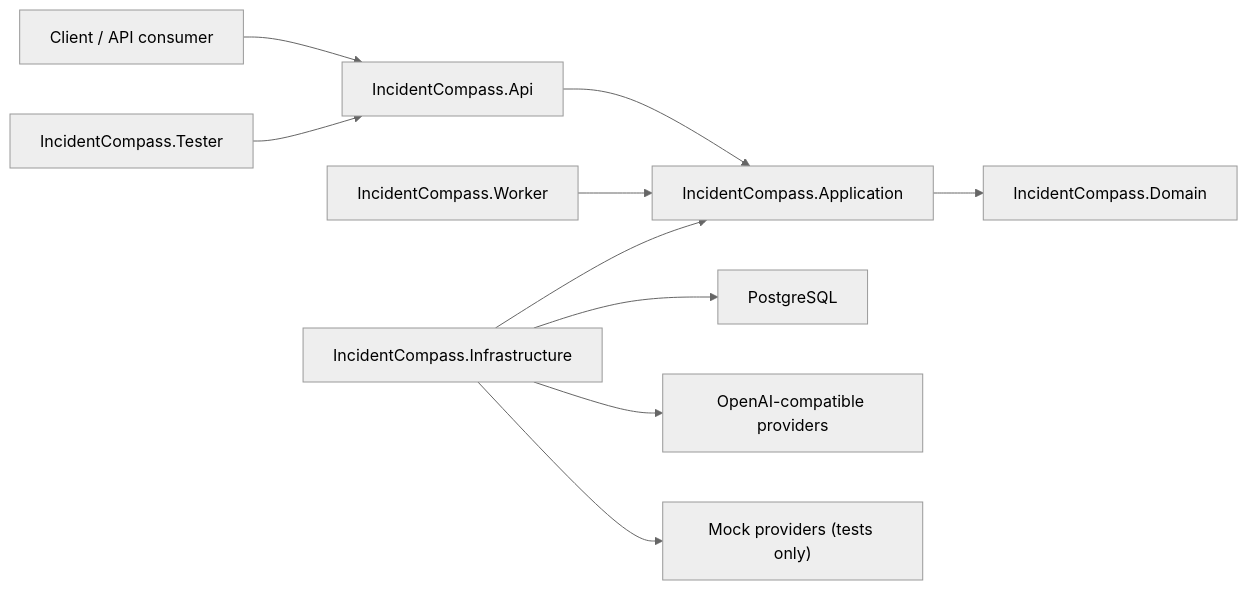
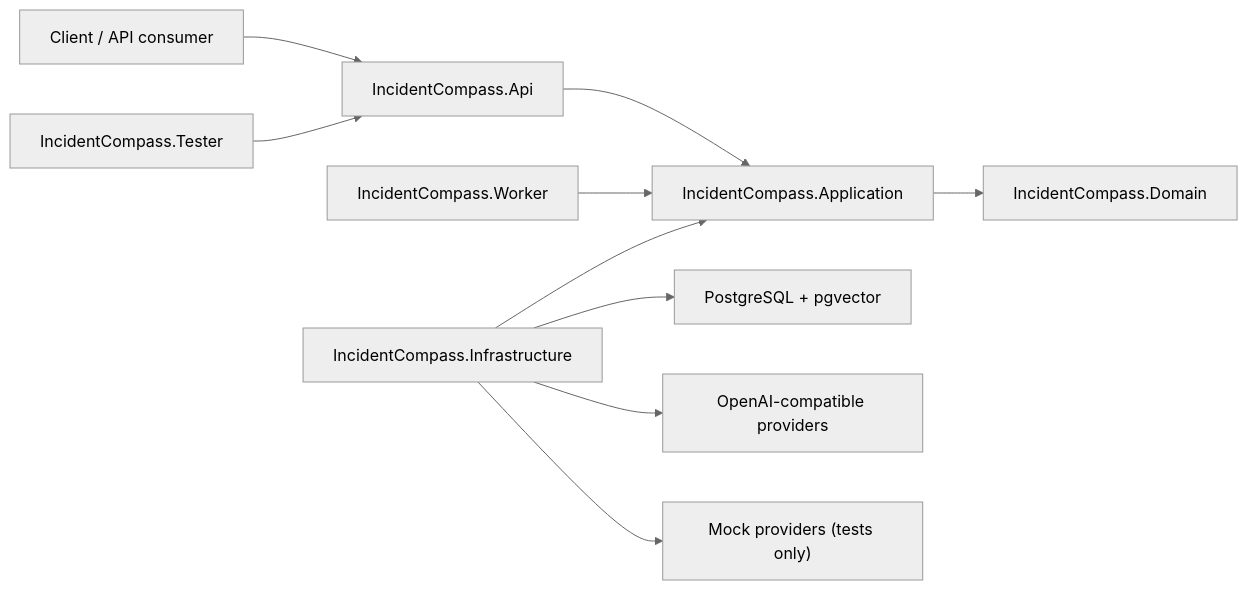
One commit to MelfusX/IncidentCompass changed the diagram in README.md. Above: the diagram before and after it, drawn with Mermaid (neutral theme). The commit also changed other lines of this file and 3 other files, not shown here.

```diff
--- a/README.md
+++ b/README.md
@@ -40,12 +98,12 @@
 ~~~mermaid
 flowchart LR
     Client["Client / API consumer"] --> Api["IncidentCompass.Api"]
     Tester["IncidentCompass.Tester"] --> Api
     Api --> App["IncidentCompass.Application"]
     Worker["IncidentCompass.Worker"] --> App
     App --> Domain["IncidentCompass.Domain"]
     Infrastructure["IncidentCompass.Infrastructure"] --> App
-    Infrastructure --> Postgres["PostgreSQL"]
+    Infrastructure --> Postgres["PostgreSQL + pgvector"]
     Infrastructure --> Providers["OpenAI-compatible providers"]
     Infrastructure --> TestProviders["Mock providers (tests only)"]
 ~~~
```
